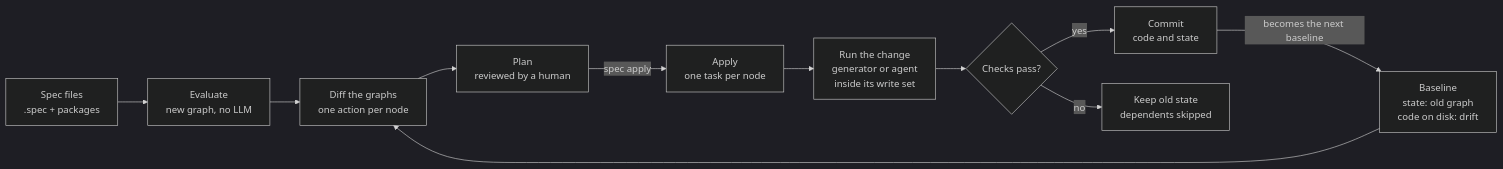
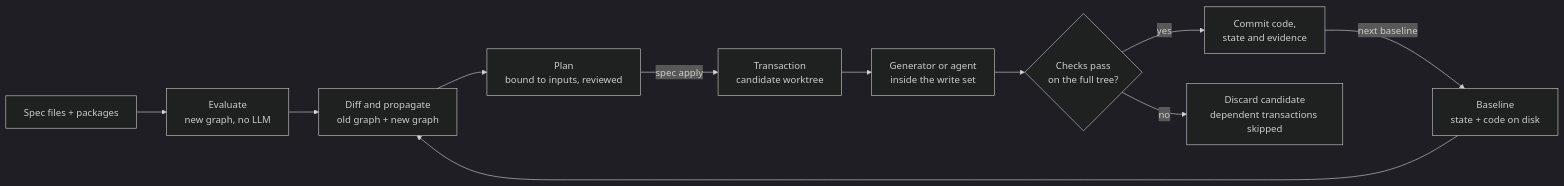
One commit to mohebifar/sdlang changed the diagram in SPEC.md. Above: the diagram before and after it, drawn with Mermaid (dark theme). The commit also changed other lines of this file and 8 other files, not shown here.

Commit message:
Round 1: whole-design teardown (transactions, projections, evidence, plan binding)

````diff
--- a/SPEC.md
+++ b/SPEC.md
@@ -258,13 +347,13 @@
 ```mermaid
 flowchart LR
-  A[Spec files<br/>.spec + packages] --> B[Evaluate<br/>new graph, no LLM]
-  B --> C[Diff the graphs<br/>one action per node]
-  BL[Baseline<br/>state: old graph<br/>code on disk: drift] --> C
-  C --> D[Plan<br/>reviewed by a human]
-  D -- spec apply --> E[Apply<br/>one task per node]
-  E --> F[Run the change<br/>generator or agent<br/>inside its write set]
-  F --> G{Checks pass?}
-  G -- yes --> H[Commit<br/>code and state]
-  G -- no --> I[Keep old state<br/>dependents skipped]
-  H -- becomes the next baseline --> BL
+  A[Spec files + packages] --> B[Evaluate<br/>new graph, no LLM]
+  BL[Baseline<br/>state + code on disk] --> C
+  B --> C[Diff and propagate<br/>old graph + new graph]
+  C --> D[Plan<br/>bound to inputs, reviewed]
+  D -- spec apply --> E[Transaction<br/>candidate worktree]
+  E --> F[Generator or agent<br/>inside the write set]
+  F --> G{Checks pass<br/>on the full tree?}
+  G -- yes --> H[Commit code,<br/>state and evidence]
+  G -- no --> I[Discard candidate<br/>dependent transactions skipped]
+  H -- next baseline --> BL
 ```
````
